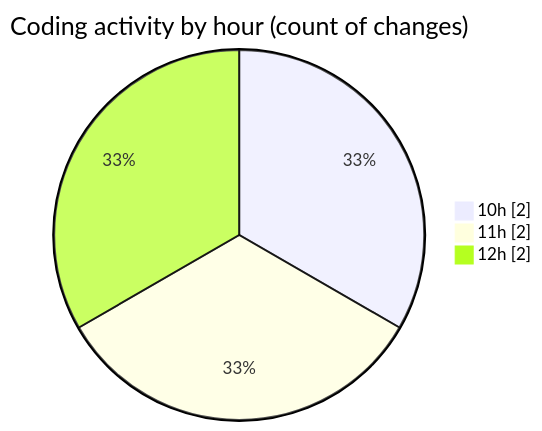
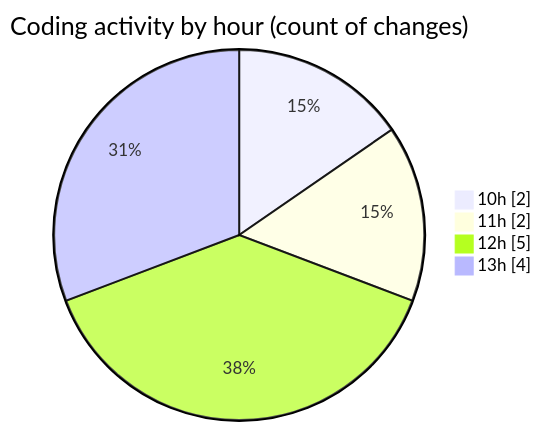
Before and after one commit to nxtqubesakshisongat/code-tracking: the second of 2 diagrams in 2026-01-05/nxtqube_webapp/README.md, drawn with Mermaid. The commit also changed other lines of this file and 1 other file, not shown here.

````diff
--- a/2026-01-05/nxtqube_webapp/README.md
+++ b/2026-01-05/nxtqube_webapp/README.md
@@ -30,7 +34,8 @@
 ```mermaid
 pie showData
 title Coding activity by hour (count of changes)
 "10h" : 2
 "11h" : 2
-"12h" : 2
+"12h" : 5
+"13h" : 4
 ```
````
